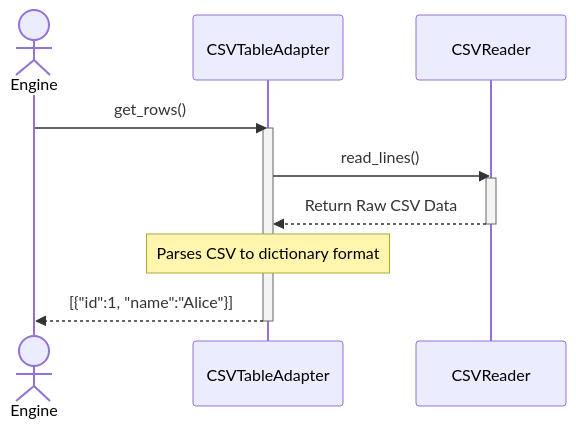
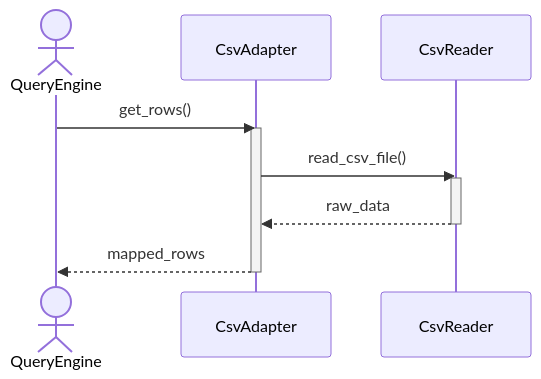
Before and after one commit to TamBui1706/DBMS: the eighth of 20 diagrams in DPSuggest.md, drawn with Mermaid. The commit also changed other lines of this file, not shown here.

````diff
--- a/DPSuggest.md
+++ b/DPSuggest.md
@@ -442,16 +286,15 @@
 ```mermaid
 sequenceDiagram
-    actor Engine
-    participant Adapter as CSVTableAdapter
-    participant Reader as CSVReader
+    actor Engine as QueryEngine
+    participant Adapter as CsvAdapter
+    participant Reader as CsvReader
     
     Engine->>Adapter: get_rows()
     activate Adapter
-    Adapter->>Reader: read_lines()
+    Adapter->>Reader: read_csv_file()
     activate Reader
-    Reader-->>Adapter: Return Raw CSV Data
+    Reader-->>Adapter: raw_data
     deactivate Reader
-    Note over Adapter: Parses CSV to dictionary format
-    Adapter-->>Engine: [{"id":1, "name":"Alice"}]
+    Adapter-->>Engine: mapped_rows
     deactivate Adapter
 ```
````
